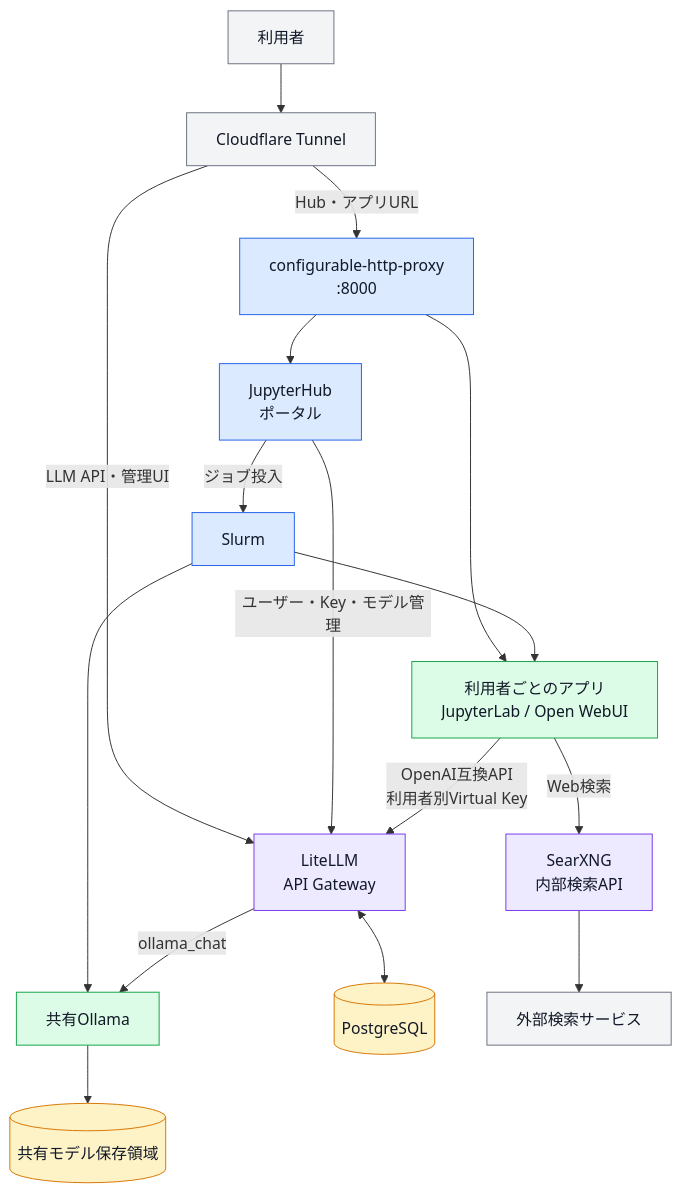
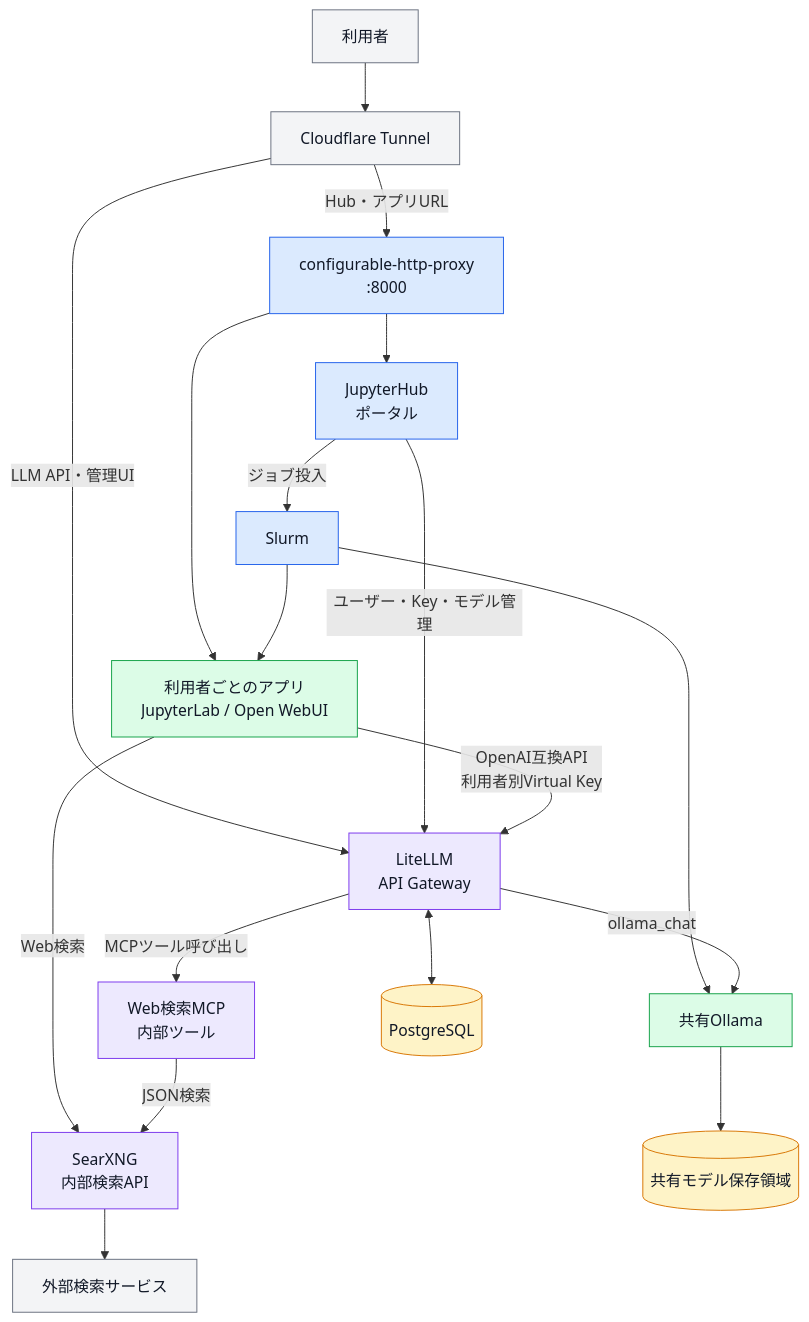
Before and after one commit to koichi2426/HPC-portal: the first of 2 diagrams in README.md, drawn with Mermaid. The commit also changed other lines of this file and 15 other files, not shown here.

````diff
--- a/README.md
+++ b/README.md
@@ -23,40 +23,43 @@
 ```mermaid
 flowchart TB
     User[利用者] --> CF[Cloudflare Tunnel]
     Proxy[configurable-http-proxy<br/>:8000]
     JHub[JupyterHub<br/>ポータル]
     Slurm[Slurm]
     Apps[利用者ごとのアプリ<br/>JupyterLab / Open WebUI]
     LiteLLM[LiteLLM<br/>API Gateway]
+    SearchMCP[Web検索MCP<br/>内部ツール]
     SearXNG[SearXNG<br/>内部検索API]
     Ollama[共有Ollama]
     DB[(PostgreSQL)]
     Models[(共有モデル保存領域)]
     Search[外部検索サービス]
 
     CF -->|Hub・アプリURL| Proxy
     CF -->|LLM API・管理UI| LiteLLM
     Proxy --> JHub
     Proxy --> Apps
     JHub -->|ジョブ投入| Slurm
     Slurm --> Apps
     Slurm --> Ollama
     JHub -->|ユーザー・Key・モデル管理| LiteLLM
     Apps -->|OpenAI互換API<br/>利用者別Virtual Key| LiteLLM
     Apps -->|Web検索| SearXNG
+    LiteLLM -->|MCPツール呼び出し| SearchMCP
+    SearchMCP -->|JSON検索| SearXNG
     LiteLLM <--> DB
     LiteLLM -->|ollama_chat| Ollama
     Ollama --> Models
     SearXNG --> Search
 
     classDef external fill:#f3f4f6,stroke:#6b7280,color:#111827
     classDef control fill:#dbeafe,stroke:#2563eb,color:#111827
     classDef workload fill:#dcfce7,stroke:#16a34a,color:#111827
     classDef service fill:#ede9fe,stroke:#7c3aed,color:#111827
     classDef data fill:#fef3c7,stroke:#d97706,color:#111827
     class User,CF,Search external
     class Proxy,JHub,Slurm control
     class Apps,Ollama workload
-    class LiteLLM,SearXNG service
+    class LiteLLM,SearchMCP,SearXNG service
     class DB,Models data
 ```
````
